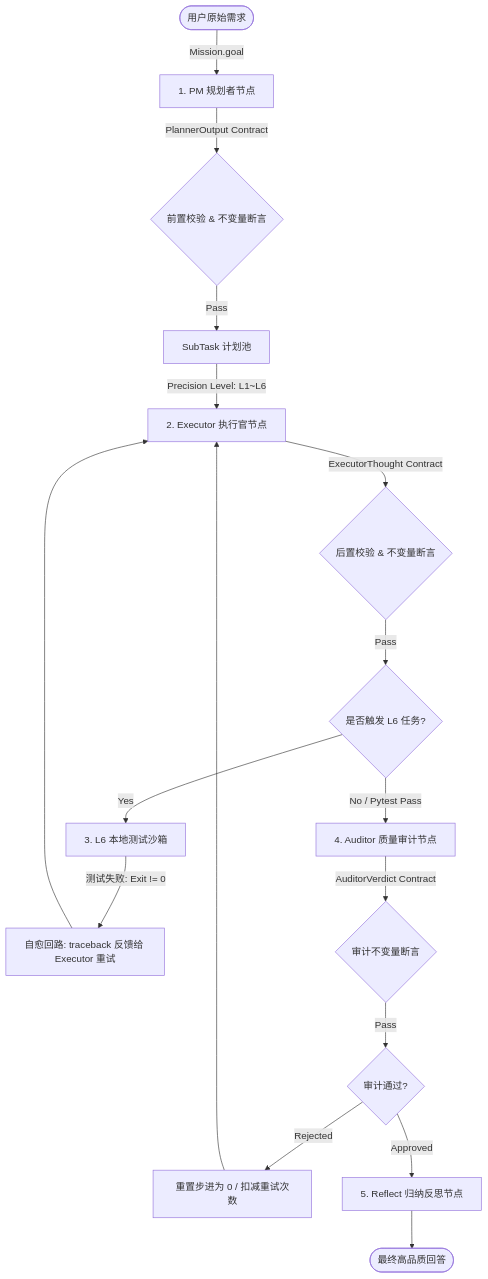
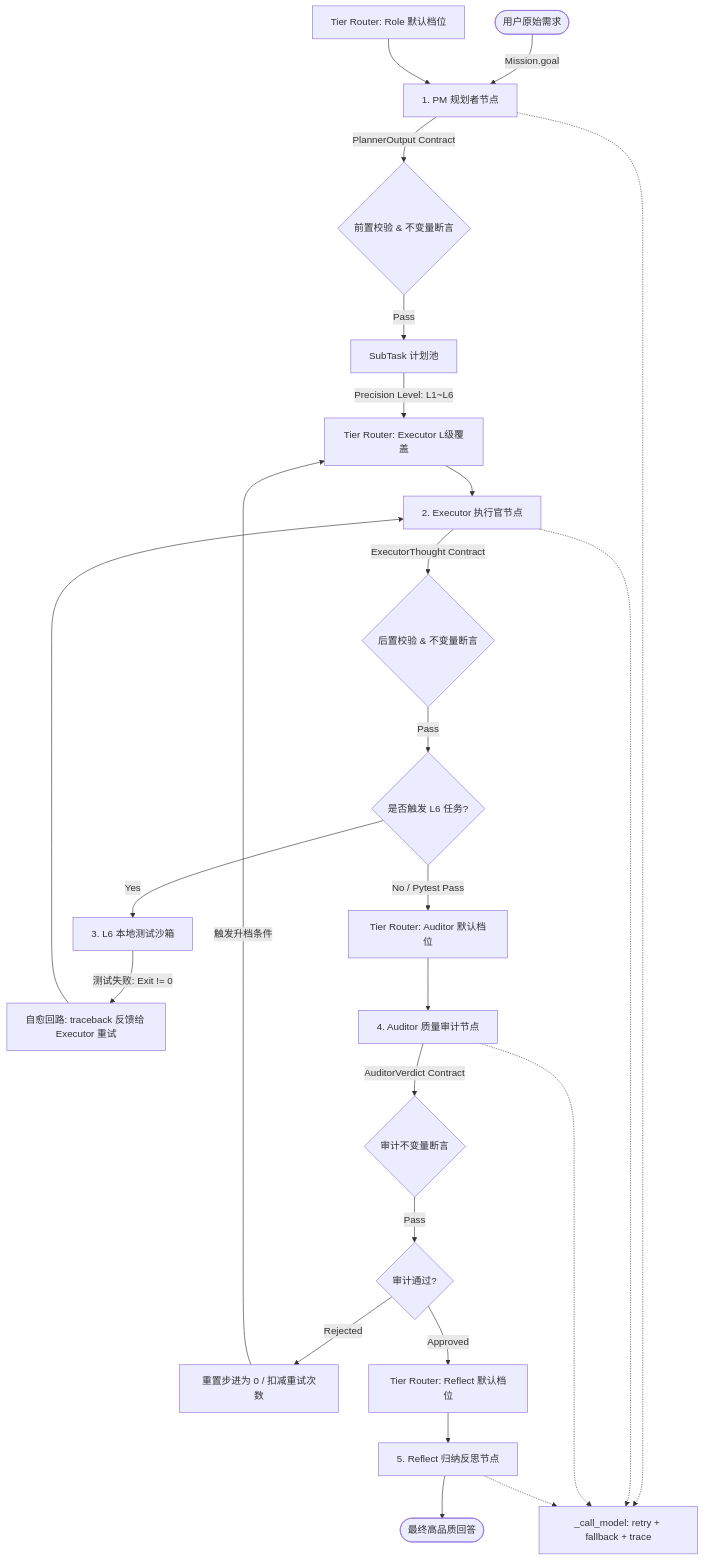
The diagram in docs/HARNESS_ENGINEERING.md (wowliuzj/TarsAgent), drawn with Mermaid before and after one commit. The commit also changed other lines of this file and 1 other file, not shown here.

````diff
--- a/docs/HARNESS_ENGINEERING.md
+++ b/docs/HARNESS_ENGINEERING.md
@@ -13,20 +13,30 @@
 ```mermaid
 graph TD
     User([用户原始需求]) -->|Mission.goal| Planner[1. PM 规划者节点]
+    TierPlanner[Tier Router: Role 默认档位] --> Planner
     Planner -->|PlannerOutput Contract| Invariant1{前置校验 & 不变量断言}
     Invariant1 -->|Pass| TaskPool[SubTask 计划池]
-    TaskPool -->|Precision Level: L1~L6| Executor[2. Executor 执行官节点]
+    TaskPool -->|Precision Level: L1~L6| TierExecutor[Tier Router: Executor L级覆盖]
+    TierExecutor --> Executor[2. Executor 执行官节点]
     Executor -->|ExecutorThought Contract| Invariant2{后置校验 & 不变量断言}
     Invariant2 -->|Pass| L6Check{是否触发 L6 任务?}
     
     L6Check -->|Yes| PytestSandbox[3. L6 本地测试沙箱]
     PytestSandbox -->|测试失败: Exit != 0| SelfHealing[自愈回路: traceback 反馈给 Executor 重试]
     SelfHealing --> Executor
     
-    L6Check -->|No / Pytest Pass| Auditor[4. Auditor 质量审计节点]
+    L6Check -->|No / Pytest Pass| TierAuditor[Tier Router: Auditor 默认档位]
+    TierAuditor --> Auditor[4. Auditor 质量审计节点]
     Auditor -->|AuditorVerdict Contract| Invariant3{审计不变量断言}
     Invariant3 -->|Pass| VerdictDecision{审计通过?}
     
-    VerdictDecision -->|Rejected| ResetIndex[重置步进为 0 / 扣减重试次数] --> Executor
-    VerdictDecision -->|Approved| Reflect[5. Reflect 归纳反思节点] --> Answer([最终高品质回答])
+    VerdictDecision -->|Rejected| ResetIndex[重置步进为 0 / 扣减重试次数]
+    ResetIndex -->|触发升档条件| TierExecutor
+    VerdictDecision -->|Approved| TierReflect[Tier Router: Reflect 默认档位]
+    TierReflect --> Reflect[5. Reflect 归纳反思节点] --> Answer([最终高品质回答])
+
+    Planner -.-> CallModel[_call_model: retry + fallback + trace]
+    Executor -.-> CallModel
+    Auditor -.-> CallModel
+    Reflect -.-> CallModel
 ```
````
